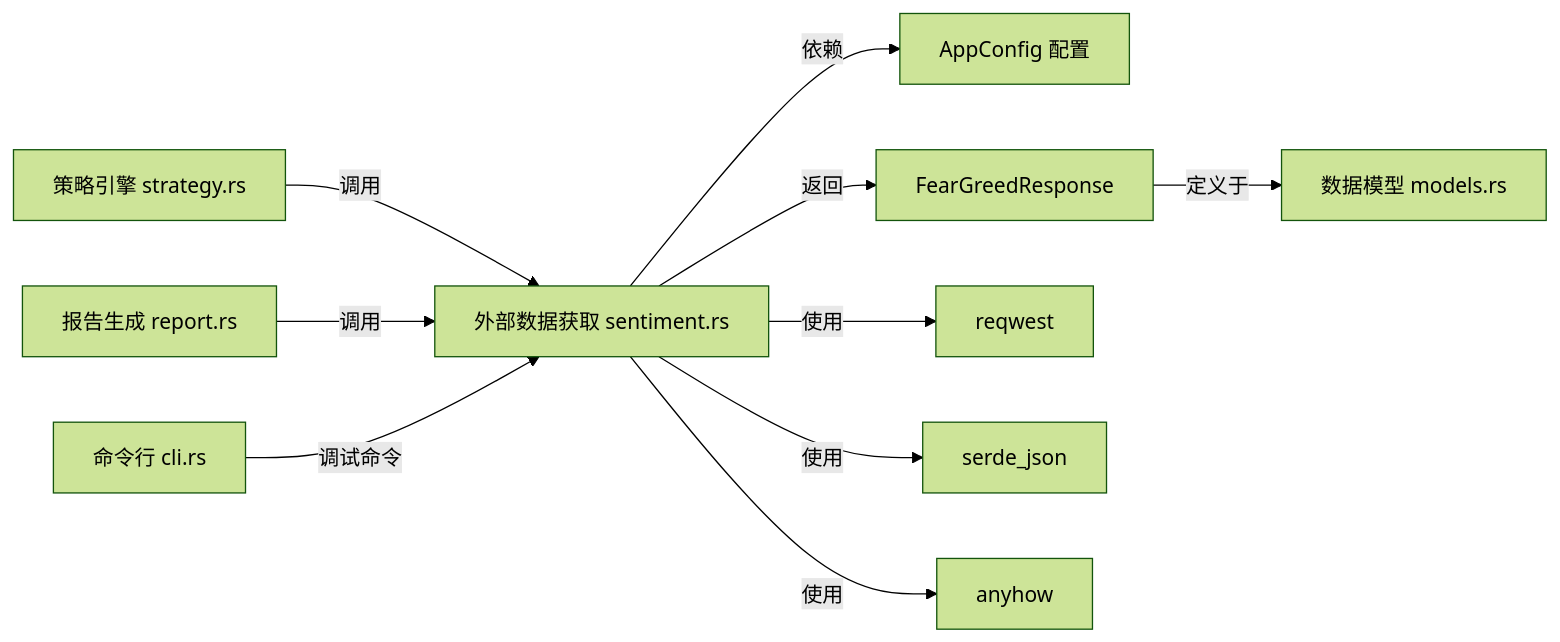
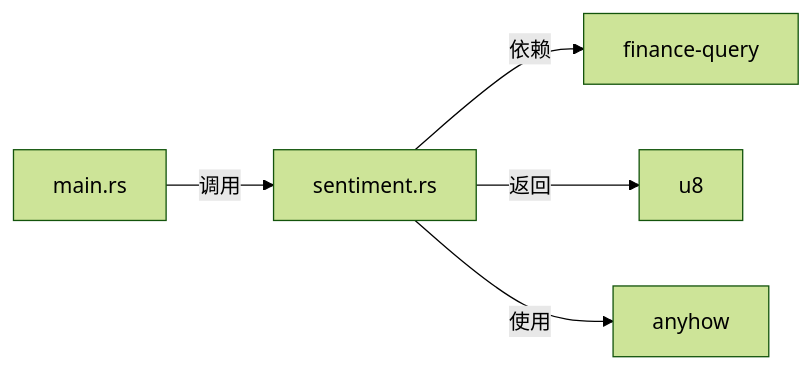
One commit to sopaco/money-never-sleep changed the second of 3 diagrams in litho.docs/4、深入探索/外部数据获取.md. Above: the diagram before and after it, drawn with Mermaid (forest theme). The commit also changed other lines of this file and 36 other files, not shown here.

Commit message:
Integrate finance-query crate and clean up old backtest files

````diff
--- a/litho.docs/4、深入探索/外部数据获取.md
+++ b/litho.docs/4、深入探索/外部数据获取.md
@@ -138,12 +86,7 @@
 ```mermaid
 graph LR
-    A[策略引擎 strategy.rs] -->|调用| B[外部数据获取 sentiment.rs]
-    C[报告生成 report.rs] -->|调用| B
-    D[命令行 cli.rs] -->|调试命令| B
-    B -->|依赖| E[AppConfig 配置]
-    B -->|返回| F[FearGreedResponse]
-    F -->|定义于| G[数据模型 models.rs]
-    B -->|使用| H[reqwest]
-    B -->|使用| I[serde_json]
-    B -->|使用| J[anyhow]
+    A[main.rs] -->|调用| B[sentiment.rs]
+    B -->|依赖| C[finance-query]
+    B -->|返回| D[u8]
+    B -->|使用| E[anyhow]
 ```
````
